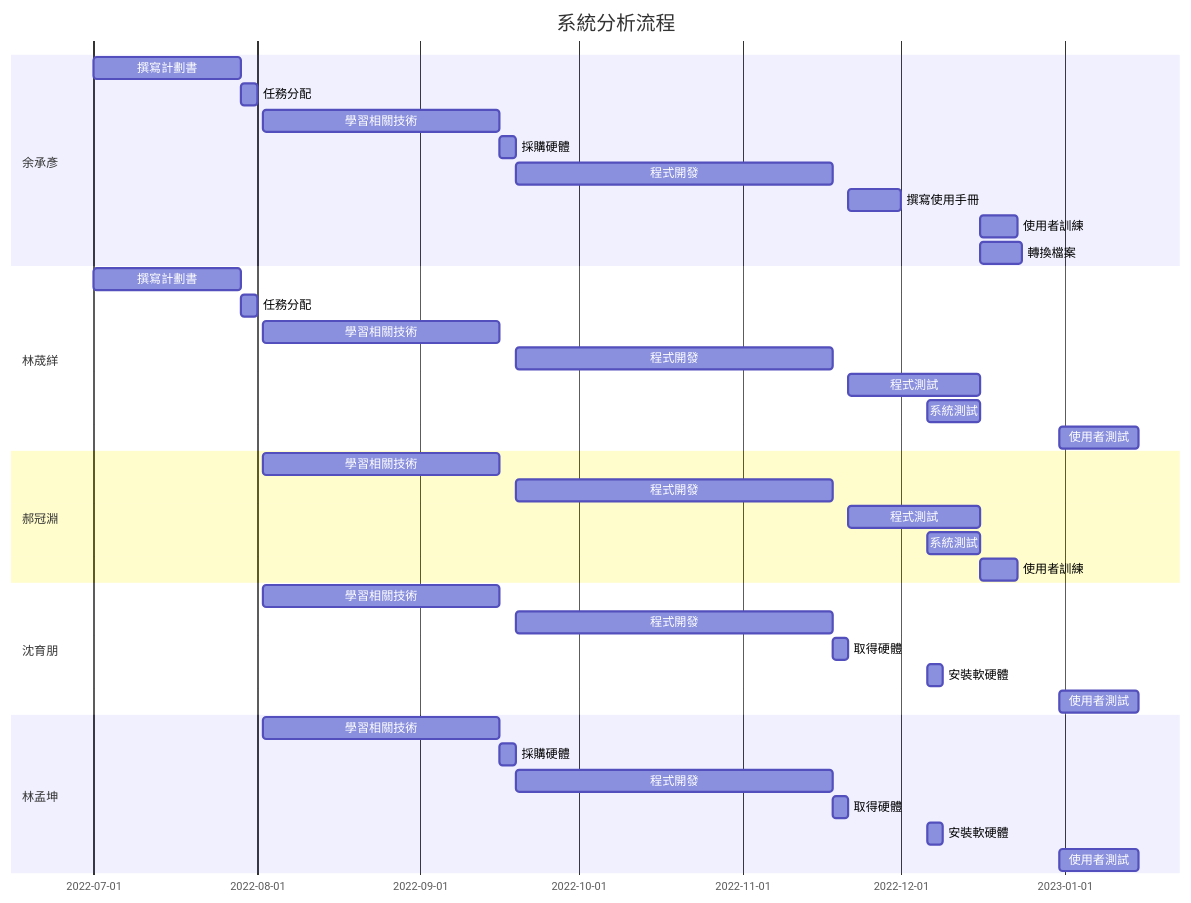
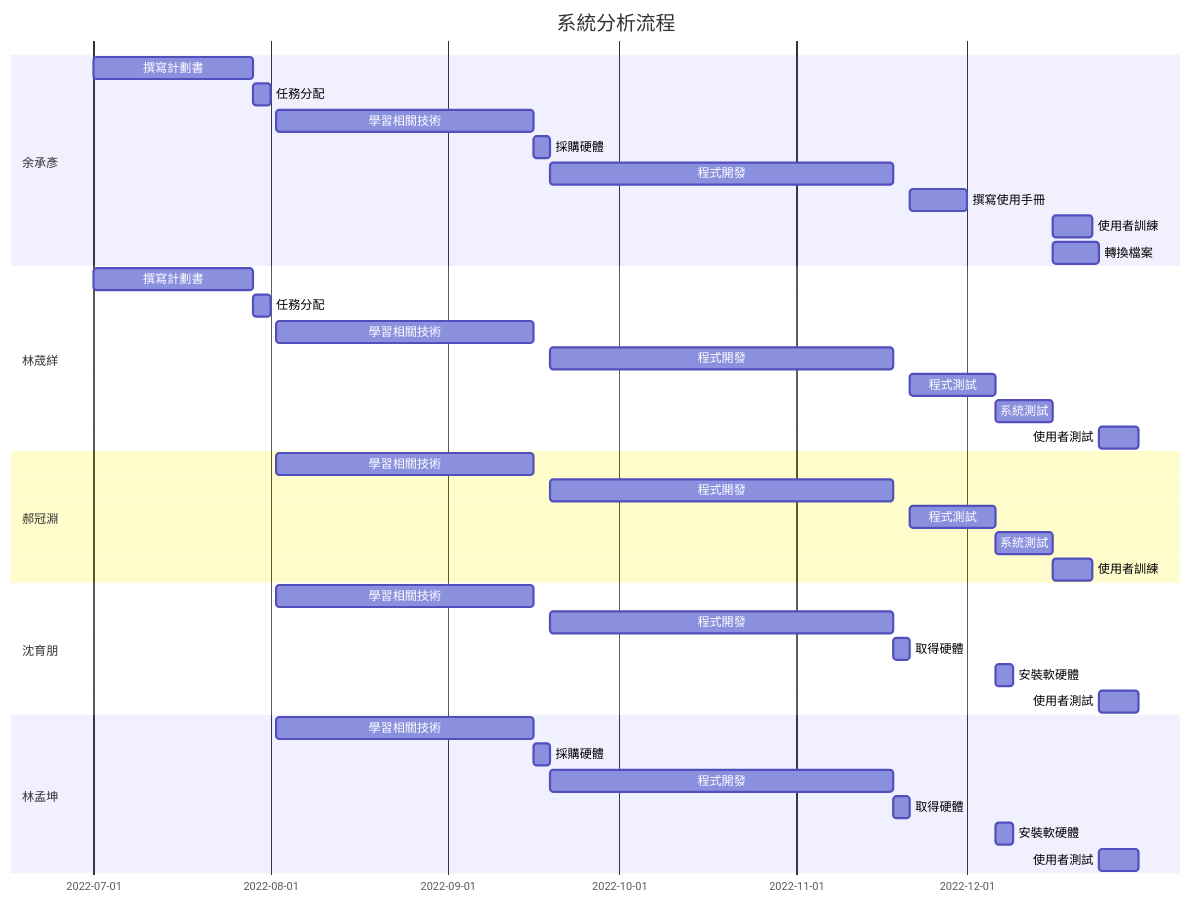
The second of 3 diagrams in README.md (Sui991/System_First10-), drawn with Mermaid before and after one commit. The commit also changed other lines of this file, not shown here.

````diff
--- a/README.md
+++ b/README.md
@@ -65,46 +65,46 @@
 ```mermaid
 
 gantt
     title 系統分析流程
     dateFormat  MM-DD
     section 余承彥
           撰寫計劃書 : a1, 07-01, 28d
           任務分配 : a2, 07-29, 3d
           學習相關技術 : a3, 08-02, 45d
           採購硬體 : a4, 09-16, 3d
           程式開發 : a5, 09-19, 60d
           撰寫使用手冊 : a8, 11-21, 10d
           使用者訓練 : a12,12-16, 7d
           轉換檔案 : a11, 12-16, 8d
           
     section 林荿絴
          撰寫計劃書 : a1, 07-01, 28d
           任務分配 : a2, 07-29, 3d
           學習相關技術 : a3, 08-02, 45d          
           程式開發 : a5, 09-19, 60d
-          程式測試 : a7, 11-21, 25d
+          程式測試 : a7, 11-21, 15d
           系統測試 : a10, 12-06, 10d
-          使用者測試 : a13, 12-31, 15d
+          使用者測試 : a13, 12-24, 7d
         
     section 郝冠淵
         學習相關技術 : a3, 08-02, 45d
         程式開發 : a5, 09-19, 60d
-        程式測試 : a7, 11-21, 25d
+        程式測試 : a7, 11-21, 15d
         系統測試 : a10, 12-06, 10d
         使用者訓練 : a12,12-16, 7d
         
     section 沈育朋
         學習相關技術 : a3, 08-02, 45d
         程式開發 : a5, 09-19, 60d
         取得硬體 : a6, 11-18, 3d
         安裝軟硬體 : a9, 12-06, 3d
-        使用者測試 : a13, 12-31, 15d
+        使用者測試 : a13, 12-24, 7d
         
     section 林孟坤
         學習相關技術 : a3, 08-02, 45d
         採購硬體 : a4, 09-16, 3d
         程式開發 : a5, 09-19, 60d
         取得硬體 : a6, 11-18, 3d
         安裝軟硬體 : a9, 12-06, 3d
-        使用者測試 : a13, 12-31, 15d
+        使用者測試 : a13, 12-24, 7d
 ```
````
